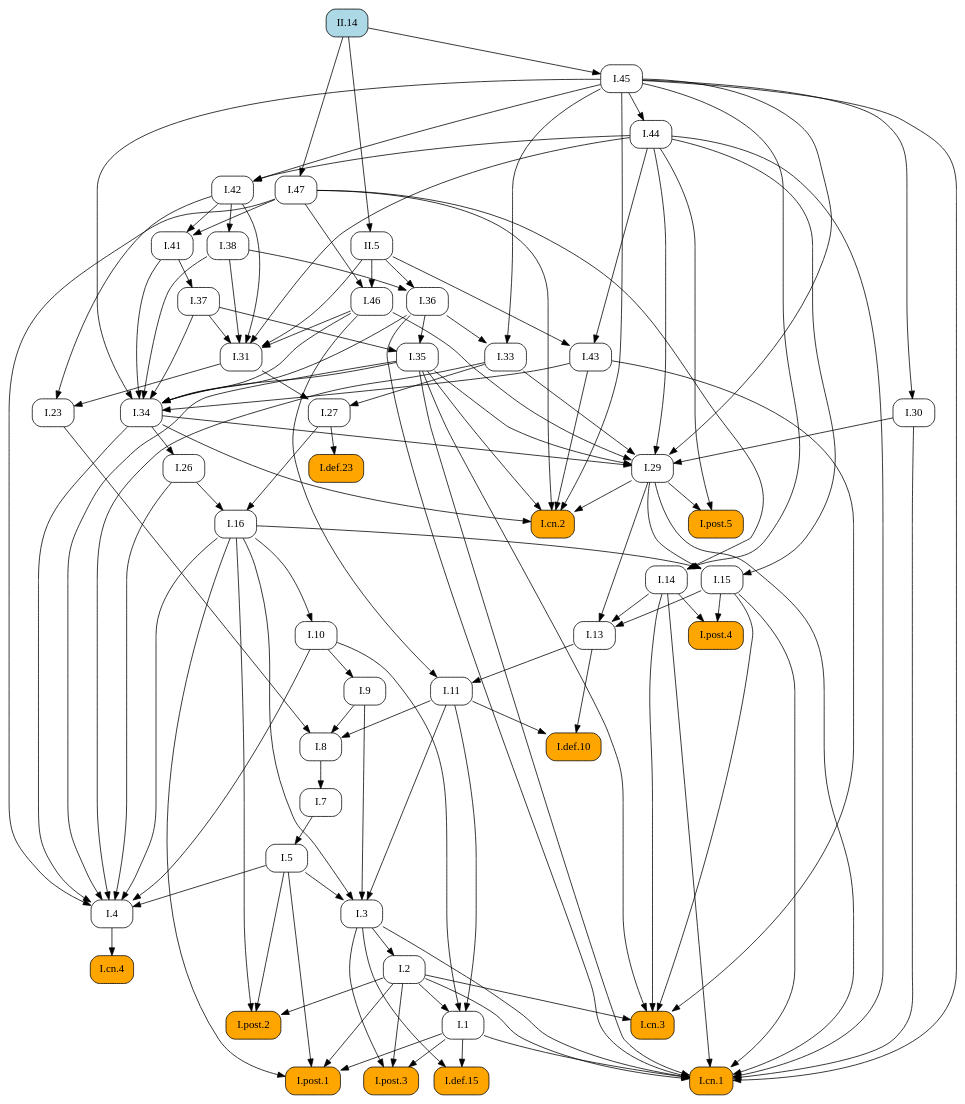
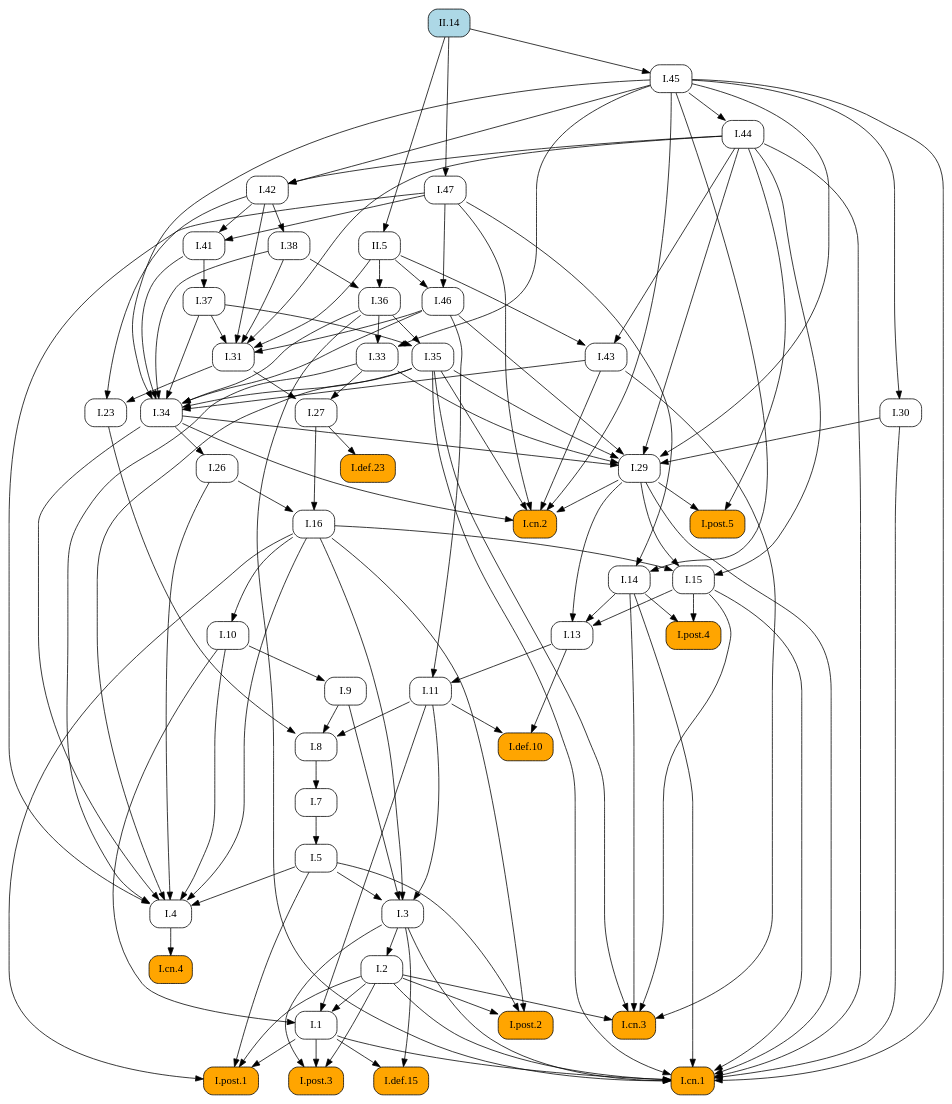
Before and after one commit to geometor/elements: the diagram in docsrc/heath/II/14/index.rst, drawn with Graphviz. The commit also changed other lines of this file and 484 other files, not shown here.

```diff
--- a/docsrc/heath/II/14/index.rst
+++ b/docsrc/heath/II/14/index.rst
@@ -94,121 +94,86 @@
    digraph {
      rankdir="TB";
      node [shape=box, style=rounded];
+     "I.23" [URL="/heath/I/23/", target="_top"];
+     "I.9" [URL="/heath/I/9/", target="_top"];
+     "I.33" [URL="/heath/I/33/", target="_top"];
+     "I.def.15" [style="rounded,filled", fillcolor=orange, URL="/heath/I/def.15/", target="_top"];
+     "I.47" [URL="/heath/I/47/", target="_top"];
+     "I.post.3" [style="rounded,filled", fillcolor=orange, URL="/heath/I/post.3/", target="_top"];
+     "I.post.1" [style="rounded,filled", fillcolor=orange, URL="/heath/I/post.1/", target="_top"];
+     "I.43" [URL="/heath/I/43/", target="_top"];
+     "I.30" [URL="/heath/I/30/", target="_top"];
+     "II.5" [URL="/heath/II/5/", target="_top"];
+     "I.42" [URL="/heath/I/42/", target="_top"];
+     "I.31" [URL="/heath/I/31/", target="_top"];
      "I.def.10" [style="rounded,filled", fillcolor=orange, URL="/heath/I/def.10/", target="_top"];
-     "I.11" [URL="/heath/I/11/", target="_top"];
-     "I.post.4" [style="rounded,filled", fillcolor=orange, URL="/heath/I/post.4/", target="_top"];
-     "I.1" [URL="/heath/I/1/", target="_top"];
-     "I.26" [URL="/heath/I/26/", target="_top"];
-     "I.29" [URL="/heath/I/29/", target="_top"];
-     "I.cn.2" [style="rounded,filled", fillcolor=orange, URL="/heath/I/cn.2/", target="_top"];
-     "I.47" [URL="/heath/I/47/", target="_top"];
-     "I.def.15" [style="rounded,filled", fillcolor=orange, URL="/heath/I/def.15/", target="_top"];
-     "I.post.3" [style="rounded,filled", fillcolor=orange, URL="/heath/I/post.3/", target="_top"];
-     "II.5" [URL="/heath/II/5/", target="_top"];
-     "I.cn.1" [style="rounded,filled", fillcolor=orange, URL="/heath/I/cn.1/", target="_top"];
-     "I.30" [URL="/heath/I/30/", target="_top"];
-     "I.cn.3" [style="rounded,filled", fillcolor=orange, URL="/heath/I/cn.3/", target="_top"];
+     "II.14" [style="rounded,filled", fillcolor=lightblue, URL="/heath/II/14/", target="_top"];
+     "I.27" [URL="/heath/I/27/", target="_top"];
      "I.14" [URL="/heath/I/14/", target="_top"];
-     "I.23" [URL="/heath/I/23/", target="_top"];
-     "I.43" [URL="/heath/I/43/", target="_top"];
-     "I.post.1" [style="rounded,filled", fillcolor=orange, URL="/heath/I/post.1/", target="_top"];
-     "I.35" [URL="/heath/I/35/", target="_top"];
-     "I.41" [URL="/heath/I/41/", target="_top"];
-     "I.36" [URL="/heath/I/36/", target="_top"];
-     "I.46" [URL="/heath/I/46/", target="_top"];
-     "I.27" [URL="/heath/I/27/", target="_top"];
-     "I.37" [URL="/heath/I/37/", target="_top"];
      "I.34" [URL="/heath/I/34/", target="_top"];
      "I.3" [URL="/heath/I/3/", target="_top"];
+     "I.35" [URL="/heath/I/35/", target="_top"];
+     "I.cn.1" [style="rounded,filled", fillcolor=orange, URL="/heath/I/cn.1/", target="_top"];
      "I.7" [URL="/heath/I/7/", target="_top"];
      "I.2" [URL="/heath/I/2/", target="_top"];
+     "I.36" [URL="/heath/I/36/", target="_top"];
+     "I.13" [URL="/heath/I/13/", target="_top"];
+     "I.post.4" [style="rounded,filled", fillcolor=orange, URL="/heath/I/post.4/", target="_top"];
      "I.4" [URL="/heath/I/4/", target="_top"];
+     "I.1" [URL="/heath/I/1/", target="_top"];
+     "I.5" [URL="/heath/I/5/", target="_top"];
+     "I.37" [URL="/heath/I/37/", target="_top"];
+     "I.8" [URL="/heath/I/8/", target="_top"];
+     "I.45" [URL="/heath/I/45/", target="_top"];
+     "I.29" [URL="/heath/I/29/", target="_top"];
+     "I.cn.3" [style="rounded,filled", fillcolor=orange, URL="/heath/I/cn.3/", target="_top"];
+     "I.16" [URL="/heath/I/16/", target="_top"];
+     "I.38" [URL="/heath/I/38/", target="_top"];
+     "I.15" [URL="/heath/I/15/", target="_top"];
+     "I.10" [URL="/heath/I/10/", target="_top"];
+     "I.11" [URL="/heath/I/11/", target="_top"];
      "I.def.23" [style="rounded,filled", fillcolor=orange, URL="/heath/I/def.23/", target="_top"];
-     "I.13" [URL="/heath/I/13/", target="_top"];
-     "I.33" [URL="/heath/I/33/", target="_top"];
-     "I.31" [URL="/heath/I/31/", target="_top"];
-     "I.post.2" [style="rounded,filled", fillcolor=orange, URL="/heath/I/post.2/", target="_top"];
-     "I.45" [URL="/heath/I/45/", target="_top"];
-     "I.16" [URL="/heath/I/16/", target="_top"];
-     "I.42" [URL="/heath/I/42/", target="_top"];
-     "I.9" [URL="/heath/I/9/", target="_top"];
-     "II.14" [style="rounded,filled", fillcolor=lightblue, URL="/heath/II/14/", target="_top"];
-     "I.8" [URL="/heath/I/8/", target="_top"];
-     "I.cn.4" [style="rounded,filled", fillcolor=orange, URL="/heath/I/cn.4/", target="_top"];
-     "I.15" [URL="/heath/I/15/", target="_top"];
+     "I.cn.2" [style="rounded,filled", fillcolor=orange, URL="/heath/I/cn.2/", target="_top"];
      "I.post.5" [style="rounded,filled", fillcolor=orange, URL="/heath/I/post.5/", target="_top"];
      "I.44" [URL="/heath/I/44/", target="_top"];
-     "I.38" [URL="/heath/I/38/", target="_top"];
-     "I.10" [URL="/heath/I/10/", target="_top"];
-     "I.5" [URL="/heath/I/5/", target="_top"];
-     "I.11" -> "I.def.10";
-     "I.13" -> "I.def.10";
-     "I.13" -> "I.11";
-     "I.46" -> "I.11";
-     "I.14" -> "I.post.4";
-     "I.15" -> "I.post.4";
-     "I.2" -> "I.1";
-     "I.10" -> "I.1";
-     "I.11" -> "I.1";
-     "I.34" -> "I.26";
-     "I.30" -> "I.29";
-     "I.33" -> "I.29";
-     "I.34" -> "I.29";
-     "I.35" -> "I.29";
-     "I.44" -> "I.29";
-     "I.45" -> "I.29";
-     "I.46" -> "I.29";
-     "I.29" -> "I.cn.2";
-     "I.34" -> "I.cn.2";
-     "I.35" -> "I.cn.2";
-     "I.43" -> "I.cn.2";
-     "I.45" -> "I.cn.2";
-     "I.47" -> "I.cn.2";
-     "II.14" -> "I.47";
+     "I.cn.4" [style="rounded,filled", fillcolor=orange, URL="/heath/I/cn.4/", target="_top"];
+     "I.41" [URL="/heath/I/41/", target="_top"];
+     "I.post.2" [style="rounded,filled", fillcolor=orange, URL="/heath/I/post.2/", target="_top"];
+     "I.46" [URL="/heath/I/46/", target="_top"];
+     "I.26" [URL="/heath/I/26/", target="_top"];
+     "I.31" -> "I.23";
+     "I.42" -> "I.23";
+     "I.10" -> "I.9";
+     "I.36" -> "I.33";
+     "I.45" -> "I.33";
      "I.1" -> "I.def.15";
      "I.3" -> "I.def.15";
+     "II.14" -> "I.47";
      "I.1" -> "I.post.3";
      "I.2" -> "I.post.3";
      "I.3" -> "I.post.3";
-     "II.14" -> "II.5";
-     "I.1" -> "I.cn.1";
-     "I.2" -> "I.cn.1";
-     "I.3" -> "I.cn.1";
-     "I.14" -> "I.cn.1";
-     "I.15" -> "I.cn.1";
-     "I.29" -> "I.cn.1";
-     "I.30" -> "I.cn.1";
-     "I.35" -> "I.cn.1";
-     "I.36" -> "I.cn.1";
-     "I.44" -> "I.cn.1";
-     "I.45" -> "I.cn.1";
-     "I.45" -> "I.30";
-     "I.2" -> "I.cn.3";
-     "I.14" -> "I.cn.3";
-     "I.15" -> "I.cn.3";
-     "I.35" -> "I.cn.3";
-     "I.43" -> "I.cn.3";
-     "I.45" -> "I.14";
-     "I.47" -> "I.14";
-     "I.31" -> "I.23";
-     "I.42" -> "I.23";
-     "I.44" -> "I.43";
-     "II.5" -> "I.43";
      "I.1" -> "I.post.1";
      "I.2" -> "I.post.1";
      "I.5" -> "I.post.1";
      "I.16" -> "I.post.1";
-     "I.36" -> "I.35";
-     "I.37" -> "I.35";
-     "I.42" -> "I.41";
-     "I.47" -> "I.41";
-     "I.38" -> "I.36";
-     "II.5" -> "I.36";
-     "I.47" -> "I.46";
-     "II.5" -> "I.46";
+     "I.44" -> "I.43";
+     "II.5" -> "I.43";
+     "I.45" -> "I.30";
+     "II.14" -> "II.5";
+     "I.44" -> "I.42";
+     "I.45" -> "I.42";
+     "I.37" -> "I.31";
+     "I.38" -> "I.31";
+     "I.42" -> "I.31";
+     "I.44" -> "I.31";
+     "I.46" -> "I.31";
+     "II.5" -> "I.31";
+     "I.11" -> "I.def.10";
+     "I.13" -> "I.def.10";
      "I.31" -> "I.27";
      "I.33" -> "I.27";
-     "I.41" -> "I.37";
+     "I.45" -> "I.14";
+     "I.47" -> "I.14";
      "I.35" -> "I.34";
      "I.36" -> "I.34";
      "I.37" -> "I.34";
@@ -221,8 +186,28 @@
      "I.9" -> "I.3";
      "I.11" -> "I.3";
      "I.16" -> "I.3";
+     "I.36" -> "I.35";
+     "I.37" -> "I.35";
+     "I.1" -> "I.cn.1";
+     "I.2" -> "I.cn.1";
+     "I.3" -> "I.cn.1";
+     "I.14" -> "I.cn.1";
+     "I.15" -> "I.cn.1";
+     "I.29" -> "I.cn.1";
+     "I.30" -> "I.cn.1";
+     "I.35" -> "I.cn.1";
+     "I.36" -> "I.cn.1";
+     "I.44" -> "I.cn.1";
+     "I.45" -> "I.cn.1";
      "I.8" -> "I.7";
      "I.3" -> "I.2";
+     "I.38" -> "I.36";
+     "II.5" -> "I.36";
+     "I.14" -> "I.13";
+     "I.15" -> "I.13";
+     "I.29" -> "I.13";
+     "I.14" -> "I.post.4";
+     "I.15" -> "I.post.4";
      "I.5" -> "I.4";
      "I.10" -> "I.4";
      "I.16" -> "I.4";
@@ -231,38 +216,53 @@
      "I.34" -> "I.4";
      "I.35" -> "I.4";
      "I.47" -> "I.4";
+     "I.2" -> "I.1";
+     "I.10" -> "I.1";
+     "I.11" -> "I.1";
+     "I.7" -> "I.5";
+     "I.41" -> "I.37";
+     "I.9" -> "I.8";
+     "I.11" -> "I.8";
+     "I.23" -> "I.8";
+     "II.14" -> "I.45";
+     "I.30" -> "I.29";
+     "I.33" -> "I.29";
+     "I.34" -> "I.29";
+     "I.35" -> "I.29";
+     "I.44" -> "I.29";
+     "I.45" -> "I.29";
+     "I.46" -> "I.29";
+     "I.2" -> "I.cn.3";
+     "I.14" -> "I.cn.3";
+     "I.15" -> "I.cn.3";
+     "I.35" -> "I.cn.3";
+     "I.43" -> "I.cn.3";
+     "I.26" -> "I.16";
+     "I.27" -> "I.16";
+     "I.42" -> "I.38";
+     "I.16" -> "I.15";
+     "I.29" -> "I.15";
+     "I.44" -> "I.15";
+     "I.16" -> "I.10";
+     "I.13" -> "I.11";
+     "I.46" -> "I.11";
      "I.27" -> "I.def.23";
-     "I.14" -> "I.13";
-     "I.15" -> "I.13";
-     "I.29" -> "I.13";
-     "I.36" -> "I.33";
-     "I.45" -> "I.33";
-     "I.37" -> "I.31";
-     "I.38" -> "I.31";
-     "I.42" -> "I.31";
-     "I.44" -> "I.31";
-     "I.46" -> "I.31";
-     "II.5" -> "I.31";
+     "I.29" -> "I.cn.2";
+     "I.34" -> "I.cn.2";
+     "I.35" -> "I.cn.2";
+     "I.43" -> "I.cn.2";
+     "I.45" -> "I.cn.2";
+     "I.47" -> "I.cn.2";
+     "I.29" -> "I.post.5";
+     "I.44" -> "I.post.5";
+     "I.45" -> "I.44";
+     "I.4" -> "I.cn.4";
+     "I.42" -> "I.41";
+     "I.47" -> "I.41";
      "I.2" -> "I.post.2";
      "I.5" -> "I.post.2";
      "I.16" -> "I.post.2";
-     "II.14" -> "I.45";
-     "I.26" -> "I.16";
-     "I.27" -> "I.16";
-     "I.44" -> "I.42";
-     "I.45" -> "I.42";
-     "I.10" -> "I.9";
-     "I.9" -> "I.8";
-     "I.11" -> "I.8";
-     "I.23" -> "I.8";
-     "I.4" -> "I.cn.4";
-     "I.16" -> "I.15";
-     "I.29" -> "I.15";
-     "I.44" -> "I.15";
-     "I.29" -> "I.post.5";
-     "I.44" -> "I.post.5";
-     "I.45" -> "I.44";
-     "I.42" -> "I.38";
-     "I.16" -> "I.10";
-     "I.7" -> "I.5";
+     "I.47" -> "I.46";
+     "II.5" -> "I.46";
+     "I.34" -> "I.26";
    }
```
